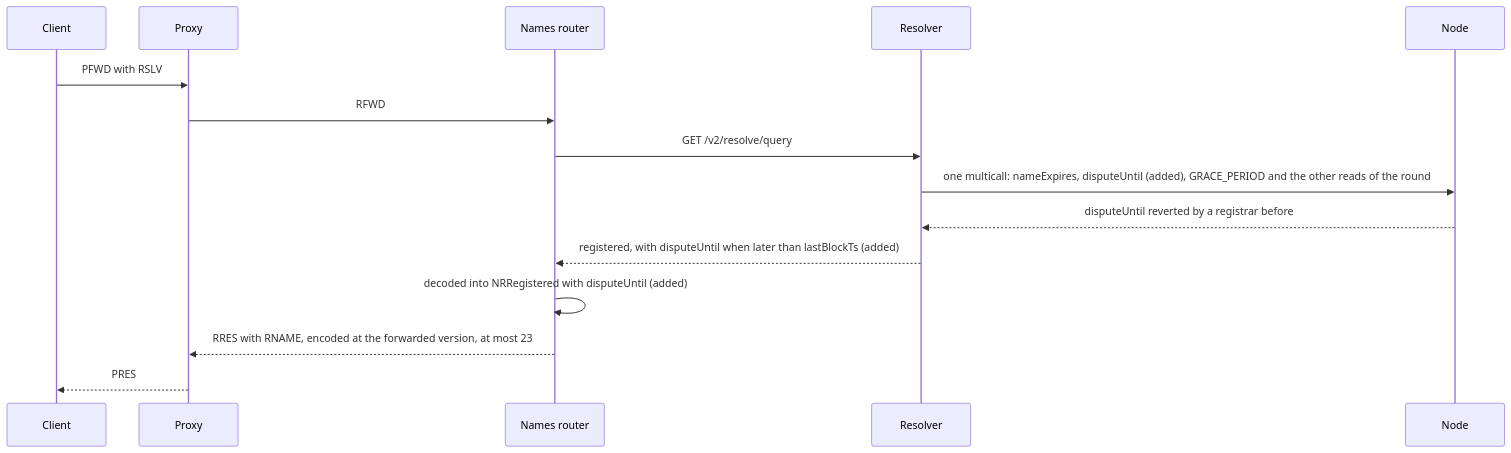
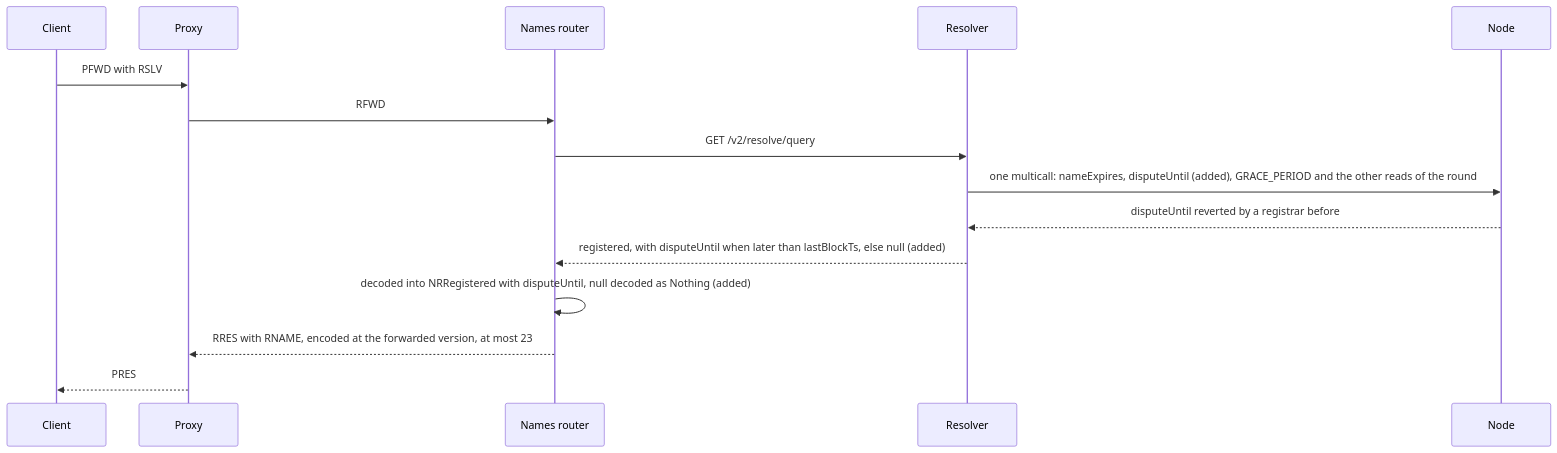
One commit to simplex-chat/simplexmq changed the second of 2 diagrams in plans/2026-11-20-names-dispute-period.md. Above: the diagram before and after it, drawn with Mermaid. The commit also changed other lines of this file, not shown here.

Commit message:
names, resolver: plan a null dispute end, and decisions without reasons

````diff
--- a/plans/2026-11-20-names-dispute-period.md
+++ b/plans/2026-11-20-names-dispute-period.md
@@ -50,17 +52,17 @@
 ```mermaid
 sequenceDiagram
   participant C as Client
   participant P as Proxy
   participant R as Names router
   participant S as Resolver
   participant N as Node
   C->>P: PFWD with RSLV
   P->>R: RFWD
   R->>S: GET /v2/resolve/query
   S->>N: one multicall: nameExpires, disputeUntil (added), GRACE_PERIOD and the other reads of the round
   N-->>S: disputeUntil reverted by a registrar before #51
-  S-->>R: registered, with disputeUntil when later than lastBlockTs (added)
-  R->>R: decoded into NRRegistered with disputeUntil (added)
+  S-->>R: registered, with disputeUntil when later than lastBlockTs, else null (added)
+  R->>R: decoded into NRRegistered with disputeUntil, null decoded as Nothing (added)
   R-->>P: RRES with RNAME, encoded at the forwarded version, at most 23
   P-->>C: PRES
 ```
````
